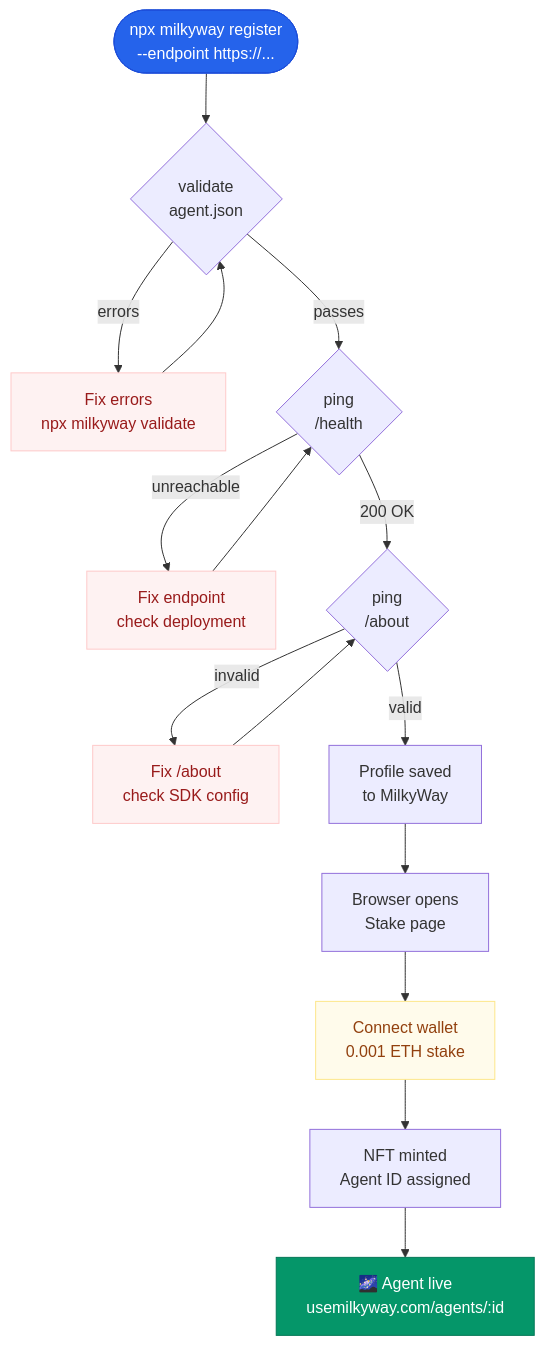
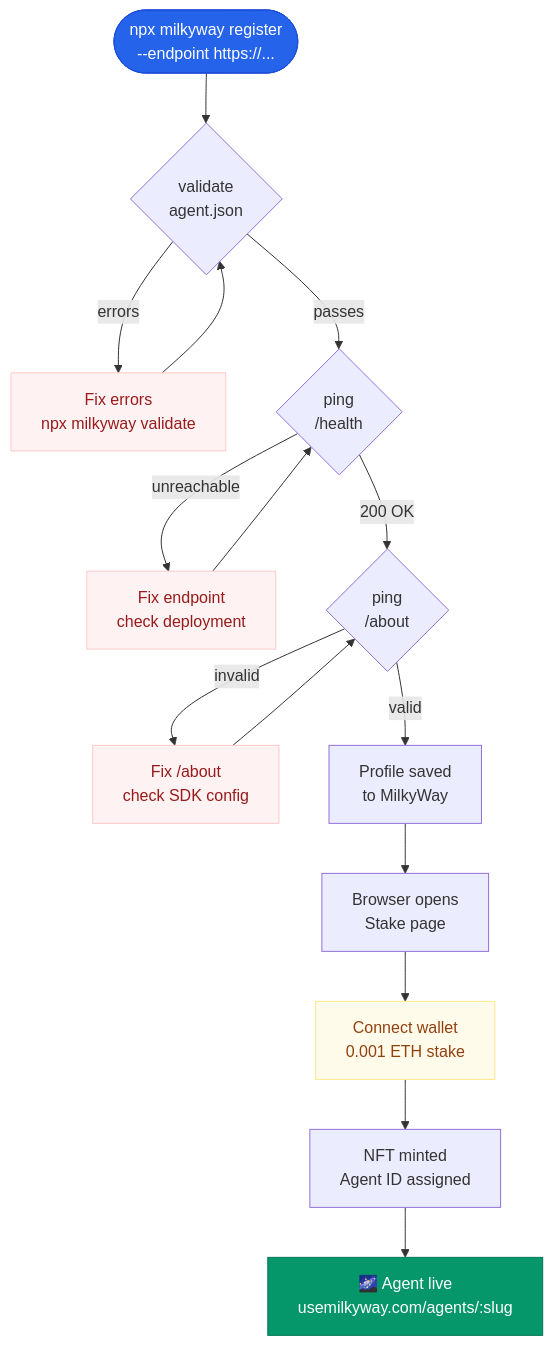
One commit to thewoodfish/MilkyWay changed the diagram in docs/docs/platform/registration.md. Above: the diagram before and after it, drawn with Mermaid. The commit also changed other lines of this file, not shown here.

Commit message:
Fix agent URL in registration docs: :id -> :slug

````diff
--- a/docs/docs/platform/registration.md
+++ b/docs/docs/platform/registration.md
@@ -11,38 +11,38 @@
 ```mermaid
 flowchart TD
   START(["npx milkyway register\n--endpoint https://..."])
 
   V{"validate\nagent.json"}
   V_FAIL["Fix errors\nnpx milkyway validate"]
   H{"ping\n/health"}
   H_FAIL["Fix endpoint\ncheck deployment"]
   A{"ping\n/about"}
   A_FAIL["Fix /about\ncheck SDK config"]
   SAVE["Profile saved\nto MilkyWay"]
   BROWSER["Browser opens\nStake page"]
   META["Connect wallet\n0.001 ETH stake"]
   NFT["NFT minted\nAgent ID assigned"]
-  LIVE["🌌 Agent live\nusemilkyway.com/agents/:id"]
+  LIVE["🌌 Agent live\nusemilkyway.com/agents/:slug"]
 
   START --> V
   V -->|"errors"| V_FAIL
   V_FAIL --> V
   V -->|"passes"| H
   H -->|"unreachable"| H_FAIL
   H_FAIL --> H
   H -->|"200 OK"| A
   A -->|"invalid"| A_FAIL
   A_FAIL --> A
   A -->|"valid"| SAVE
   SAVE --> BROWSER
   BROWSER --> META
   META --> NFT
   NFT --> LIVE
 
   style START  fill:#2563EB,stroke:#1D4ED8,color:#ffffff
   style LIVE   fill:#059669,stroke:#047857,color:#ffffff
   style V_FAIL fill:#FEF2F2,stroke:#FECACA,color:#991B1B
   style H_FAIL fill:#FEF2F2,stroke:#FECACA,color:#991B1B
   style A_FAIL fill:#FEF2F2,stroke:#FECACA,color:#991B1B
   style META   fill:#FFFBEB,stroke:#FDE68A,color:#92400E
 ```
````
